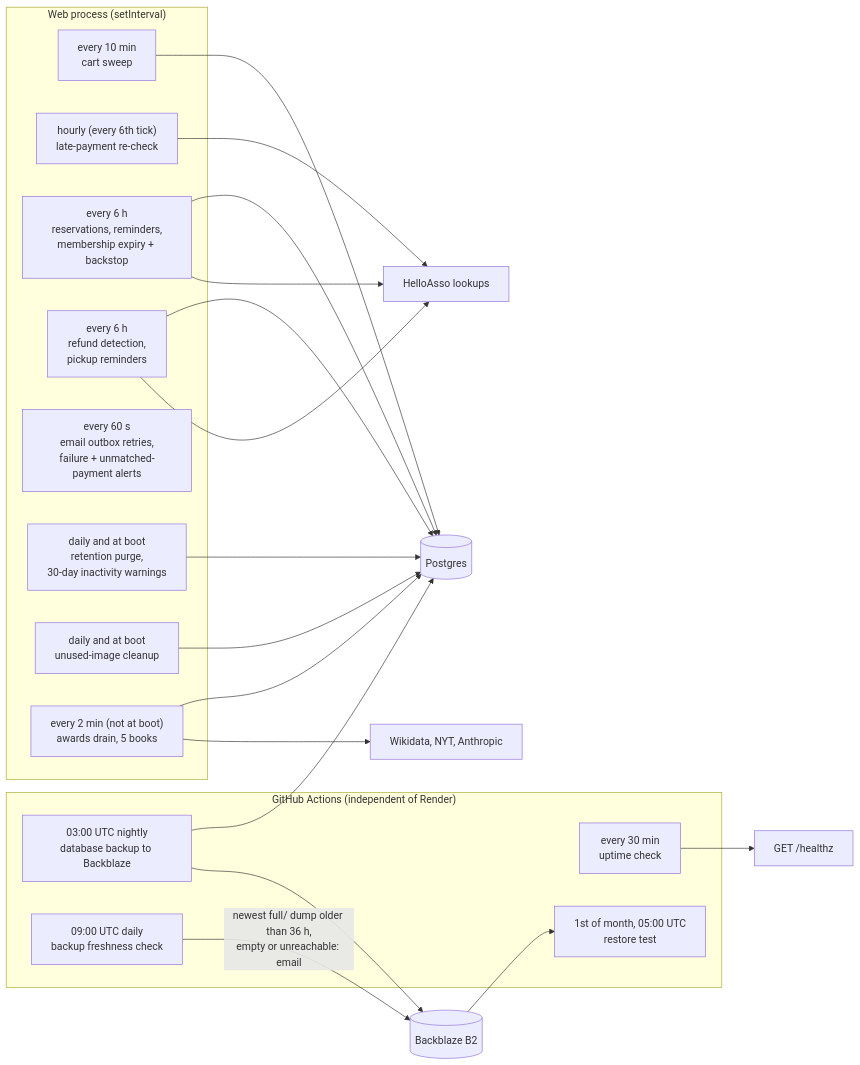
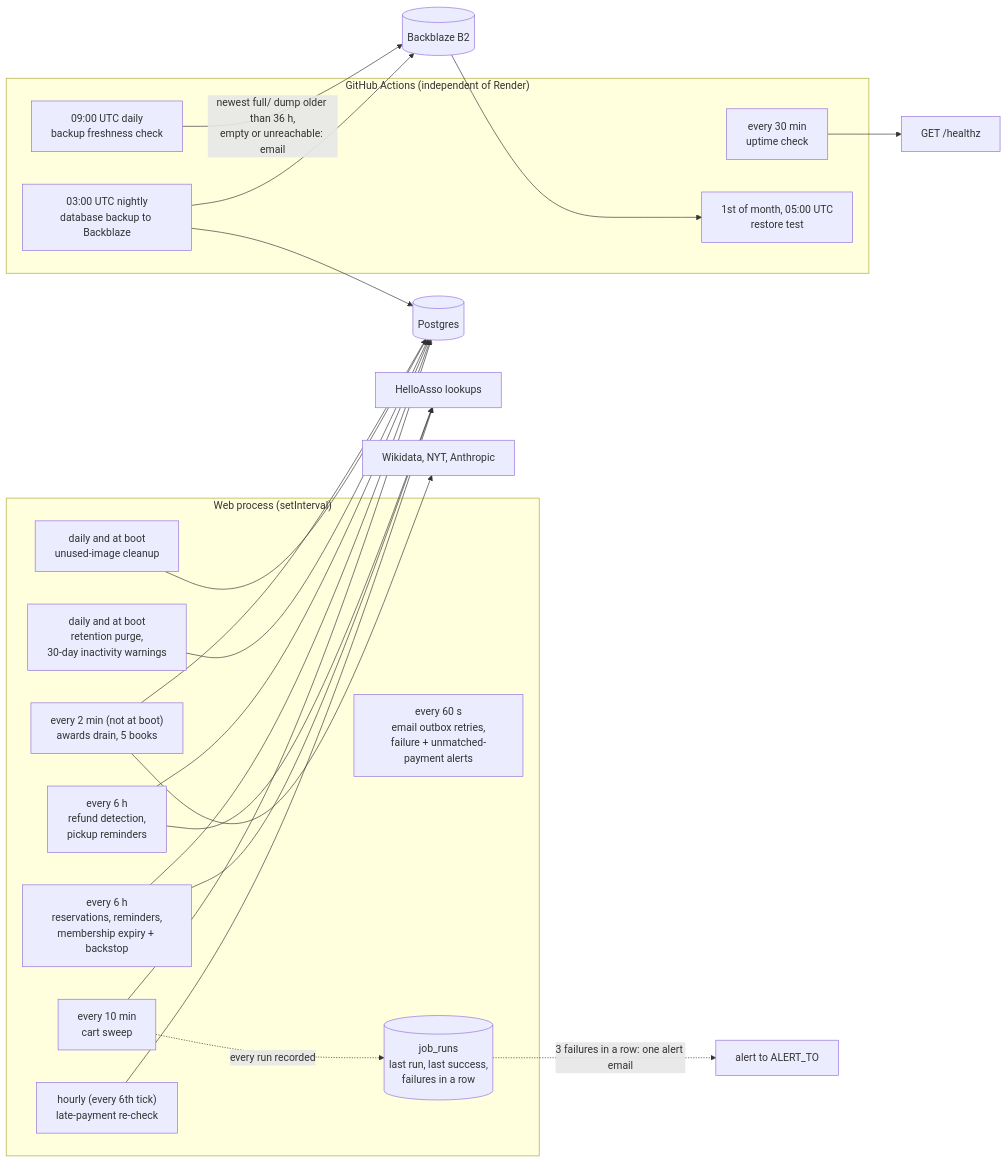
Diagram 11 of 15 in docs/architecture.md (umasbooksadmin/umasbookswebsite), drawn with Mermaid before and after one commit. The commit also changed other lines of this file and 48 other files, not shown here.

````diff
--- a/docs/architecture.md
+++ b/docs/architecture.md
@@ -837,34 +844,37 @@
 ```mermaid
 flowchart LR
   subgraph proc["Web process (setInterval)"]
     A["every 10 min<br/>cart sweep"] 
     B["hourly (every 6th tick)<br/>late-payment re-check"]
     C["every 6 h<br/>reservations, reminders,<br/>membership expiry + backstop"]
     OF["every 6 h<br/>refund detection,<br/>pickup reminders"]
     OB["every 60 s<br/>email outbox retries,<br/>failure + unmatched-payment alerts"]
     P["daily and at boot<br/>retention purge,<br/>30-day inactivity warnings"]
     IC["daily and at boot<br/>unused-image cleanup"]
     AW["every 2 min (not at boot)<br/>awards drain, 5 books"]
+    JR[("job_runs<br/>last run, last success,<br/>failures in a row")]
   end
   subgraph gha["GitHub Actions (independent of Render)"]
     D["every 30 min<br/>uptime check"]
     E["03:00 UTC nightly<br/>database backup to Backblaze"]
     F["1st of month, 05:00 UTC<br/>restore test"]
     FR["09:00 UTC daily<br/>backup freshness check"]
   end
   A --> DB[("Postgres")]
   B --> HA["HelloAsso lookups"]
   C --> DB
   C --> HA
   OF --> DB
   OF --> HA
   D --> W["GET /healthz"]
   P --> DB
   E --> DB
   E --> BK[("Backblaze B2")]
   BK --> F
   FR -->|"newest full/ dump older than 36 h,<br/>empty or unreachable: email"| BK
   IC --> DB
   AW --> DB
+  A -. "every run recorded" .-> JR
+  JR -. "3 failures in a row: one alert email" .-> OBX["alert to ALERT_TO"]
   AW --> EXT["Wikidata, NYT, Anthropic"]
 ```
````
